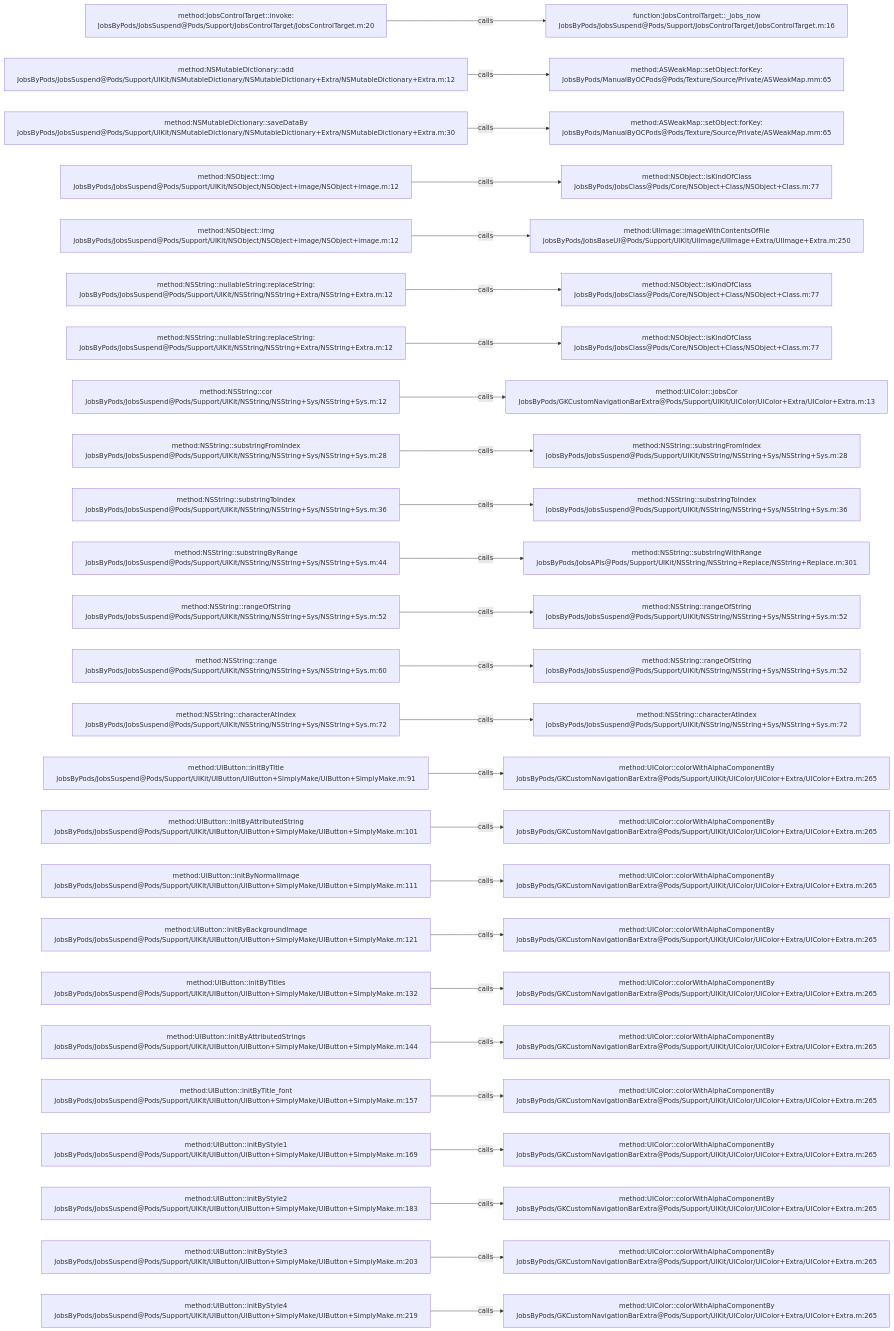
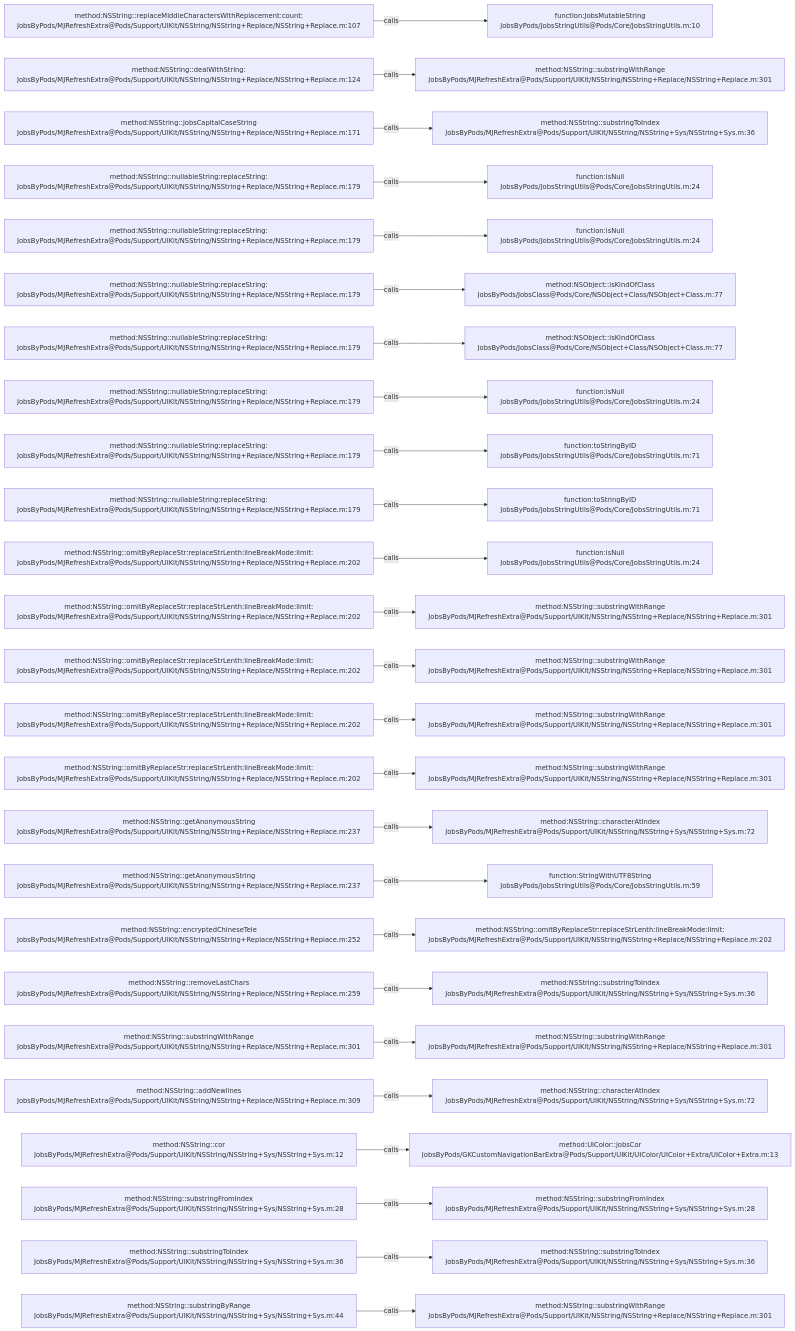
One commit to JobsKits/JobsOCBaseConfigDemo changed the diagram in .codegraph/codegraph.md/graphs/calls-169.md. Above: the diagram before and after it, drawn with Mermaid. The commit also changed 639 other files, not shown here.

````diff
--- a/.codegraph/codegraph.md/graphs/calls-169.md
+++ b/.codegraph/codegraph.md/graphs/calls-169.md
@@ -13,78 +13,78 @@
 ```mermaid
 flowchart LR
-  S1["method:JobsControlTarget::invoke:<br/>JobsByPods/JobsSuspend@Pods/Support/JobsControlTarget/JobsControlTarget.m:20"]
-  T1["function:JobsControlTarget::_jobs_now<br/>JobsByPods/JobsSuspend@Pods/Support/JobsControlTarget/JobsControlTarget.m:16"]
+  S1["method:NSString::replaceMiddleCharactersWithReplacement:count:<br/>JobsByPods/MJRefreshExtra@Pods/Support/UIKit/NSString/NSString+Replace/NSString+Replace.m:107"]
+  T1["function:JobsMutableString<br/>JobsByPods/JobsStringUtils@Pods/Core/JobsStringUtils.m:10"]
   S1 -->|calls| T1
-  S2["method:NSMutableDictionary::add<br/>JobsByPods/JobsSuspend@Pods/Support/UIKit/NSMutableDictionary/NSMutableDictionary+Extra/NSMutableDictionary+Extra.m:12"]
-  T2["method:ASWeakMap::setObject:forKey:<br/>JobsByPods/ManualByOCPods@Pods/Texture/Source/Private/ASWeakMap.mm:65"]
+  S2["method:NSString::dealWithString:<br/>JobsByPods/MJRefreshExtra@Pods/Support/UIKit/NSString/NSString+Replace/NSString+Replace.m:124"]
+  T2["method:NSString::substringWithRange<br/>JobsByPods/MJRefreshExtra@Pods/Support/UIKit/NSString/NSString+Replace/NSString+Replace.m:301"]
   S2 -->|calls| T2
-  S3["method:NSMutableDictionary::saveDataBy<br/>JobsByPods/JobsSuspend@Pods/Support/UIKit/NSMutableDictionary/NSMutableDictionary+Extra/NSMutableDictionary+Extra.m:30"]
-  T3["method:ASWeakMap::setObject:forKey:<br/>JobsByPods/ManualByOCPods@Pods/Texture/Source/Private/ASWeakMap.mm:65"]
+  S3["method:NSString::jobsCapitalCaseString<br/>JobsByPods/MJRefreshExtra@Pods/Support/UIKit/NSString/NSString+Replace/NSString+Replace.m:171"]
+  T3["method:NSString::substringToIndex<br/>JobsByPods/MJRefreshExtra@Pods/Support/UIKit/NSString/NSString+Sys/NSString+Sys.m:36"]
   S3 -->|calls| T3
-  S4["method:NSObject::img<br/>JobsByPods/JobsSuspend@Pods/Support/UIKit/NSObject/NSObject+image/NSObject+image.m:12"]
-  T4["method:NSObject::isKindOfClass<br/>JobsByPods/JobsClass@Pods/Core/NSObject+Class/NSObject+Class.m:77"]
+  S4["method:NSString::nullableString:replaceString:<br/>JobsByPods/MJRefreshExtra@Pods/Support/UIKit/NSString/NSString+Replace/NSString+Replace.m:179"]
+  T4["function:isNull<br/>JobsByPods/JobsStringUtils@Pods/Core/JobsStringUtils.m:24"]
   S4 -->|calls| T4
-  S5["method:NSObject::img<br/>JobsByPods/JobsSuspend@Pods/Support/UIKit/NSObject/NSObject+image/NSObject+image.m:12"]
-  T5["method:UIImage::imageWithContentsOfFile<br/>JobsByPods/JobsBaseUI@Pods/Support/UIKit/UIImage/UIImage+Extra/UIImage+Extra.m:250"]
+  S5["method:NSString::nullableString:replaceString:<br/>JobsByPods/MJRefreshExtra@Pods/Support/UIKit/NSString/NSString+Replace/NSString+Replace.m:179"]
+  T5["function:isNull<br/>JobsByPods/JobsStringUtils@Pods/Core/JobsStringUtils.m:24"]
   S5 -->|calls| T5
-  S6["method:NSString::nullableString:replaceString:<br/>JobsByPods/JobsSuspend@Pods/Support/UIKit/NSString/NSString+Extra/NSString+Extra.m:12"]
+  S6["method:NSString::nullableString:replaceString:<br/>JobsByPods/MJRefreshExtra@Pods/Support/UIKit/NSString/NSString+Replace/NSString+Replace.m:179"]
   T6["method:NSObject::isKindOfClass<br/>JobsByPods/JobsClass@Pods/Core/NSObject+Class/NSObject+Class.m:77"]
   S6 -->|calls| T6
-  S7["method:NSString::nullableString:replaceString:<br/>JobsByPods/JobsSuspend@Pods/Support/UIKit/NSString/NSString+Extra/NSString+Extra.m:12"]
+  S7["method:NSString::nullableString:replaceString:<br/>JobsByPods/MJRefreshExtra@Pods/Support/UIKit/NSString/NSString+Replace/NSString+Replace.m:179"]
   T7["method:NSObject::isKindOfClass<br/>JobsByPods/JobsClass@Pods/Core/NSObject+Class/NSObject+Class.m:77"]
   S7 -->|calls| T7
-  S8["method:NSString::cor<br/>JobsByPods/JobsSuspend@Pods/Support/UIKit/NSString/NSString+Sys/NSString+Sys.m:12"]
-  T8["method:UIColor::jobsCor<br/>JobsByPods/GKCustomNavigationBarExtra@Pods/Support/UIKit/UIColor/UIColor+Extra/UIColor+Extra.m:13"]
+  S8["method:NSString::nullableString:replaceString:<br/>JobsByPods/MJRefreshExtra@Pods/Support/UIKit/NSString/NSString+Replace/NSString+Replace.m:179"]
+  T8["function:isNull<br/>JobsByPods/JobsStringUtils@Pods/Core/JobsStringUtils.m:24"]
   S8 -->|calls| T8
-  S9["method:NSString::substringFromIndex<br/>JobsByPods/JobsSuspend@Pods/Support/UIKit/NSString/NSString+Sys/NSString+Sys.m:28"]
-  T9["method:NSString::substringFromIndex<br/>JobsByPods/JobsSuspend@Pods/Support/UIKit/NSString/NSString+Sys/NSString+Sys.m:28"]
+  S9["method:NSString::nullableString:replaceString:<br/>JobsByPods/MJRefreshExtra@Pods/Support/UIKit/NSString/NSString+Replace/NSString+Replace.m:179"]
+  T9["function:toStringByID<br/>JobsByPods/JobsStringUtils@Pods/Core/JobsStringUtils.m:71"]
   S9 -->|calls| T9
-  S10["method:NSString::substringToIndex<br/>JobsByPods/JobsSuspend@Pods/Support/UIKit/NSString/NSString+Sys/NSString+Sys.m:36"]
-  T10["method:NSString::substringToIndex<br/>JobsByPods/JobsSuspend@Pods/Support/UIKit/NSString/NSString+Sys/NSString+Sys.m:36"]
+  S10["method:NSString::nullableString:replaceString:<br/>JobsByPods/MJRefreshExtra@Pods/Support/UIKit/NSString/NSString+Replace/NSString+Replace.m:179"]
+  T10["function:toStringByID<br/>JobsByPods/JobsStringUtils@Pods/Core/JobsStringUtils.m:71"]
   S10 -->|calls| T10
-  S11["method:NSString::substringByRange<br/>JobsByPods/JobsSuspend@Pods/Support/UIKit/NSString/NSString+Sys/NSString+Sys.m:44"]
-  T11["method:NSString::substringWithRange<br/>JobsByPods/JobsAPIs@Pods/Support/UIKit/NSString/NSString+Replace/NSString+Replace.m:301"]
+  S11["method:NSString::omitByReplaceStr:replaceStrLenth:lineBreakMode:limit:<br/>JobsByPods/MJRefreshExtra@Pods/Support/UIKit/NSString/NSString+Replace/NSString+Replace.m:202"]
+  T11["function:isNull<br/>JobsByPods/JobsStringUtils@Pods/Core/JobsStringUtils.m:24"]
   S11 -->|calls| T11
-  S12["method:NSString::rangeOfString<br/>JobsByPods/JobsSuspend@Pods/Support/UIKit/NSString/NSString+Sys/NSString+Sys.m:52"]
-  T12["method:NSString::rangeOfString<br/>JobsByPods/JobsSuspend@Pods/Support/UIKit/NSString/NSString+Sys/NSString+Sys.m:52"]
+  S12["method:NSString::omitByReplaceStr:replaceStrLenth:lineBreakMode:limit:<br/>JobsByPods/MJRefreshExtra@Pods/Support/UIKit/NSString/NSString+Replace/NSString+Replace.m:202"]
+  T12["method:NSString::substringWithRange<br/>JobsByPods/MJRefreshExtra@Pods/Support/UIKit/NSString/NSString+Replace/NSString+Replace.m:301"]
   S12 -->|calls| T12
-  S13["method:NSString::range<br/>JobsByPods/JobsSuspend@Pods/Support/UIKit/NSString/NSString+Sys/NSString+Sys.m:60"]
-  T13["method:NSString::rangeOfString<br/>JobsByPods/JobsSuspend@Pods/Support/UIKit/NSString/NSString+Sys/NSString+Sys.m:52"]
+  S13["method:NSString::omitByReplaceStr:replaceStrLenth:lineBreakMode:limit:<br/>JobsByPods/MJRefreshExtra@Pods/Support/UIKit/NSString/NSString+Replace/NSString+Replace.m:202"]
+  T13["method:NSString::substringWithRange<br/>JobsByPods/MJRefreshExtra@Pods/Support/UIKit/NSString/NSString+Replace/NSString+Replace.m:301"]
   S13 -->|calls| T13
-  S14["method:NSString::characterAtIndex<br/>JobsByPods/JobsSuspend@Pods/Support/UIKit/NSString/NSString+Sys/NSString+Sys.m:72"]
-  T14["method:NSString::characterAtIndex<br/>JobsByPods/JobsSuspend@Pods/Support/UIKit/NSString/NSString+Sys/NSString+Sys.m:72"]
+  S14["method:NSString::omitByReplaceStr:replaceStrLenth:lineBreakMode:limit:<br/>JobsByPods/MJRefreshExtra@Pods/Support/UIKit/NSString/NSString+Replace/NSString+Replace.m:202"]
+  T14["method:NSString::substringWithRange<br/>JobsByPods/MJRefreshExtra@Pods/Support/UIKit/NSString/NSString+Replace/NSString+Replace.m:301"]
   S14 -->|calls| T14
-  S15["method:UIButton::initByTitle<br/>JobsByPods/JobsSuspend@Pods/Support/UIKit/UIButton/UIButton+SimplyMake/UIButton+SimplyMake.m:91"]
-  T15["method:UIColor::colorWithAlphaComponentBy<br/>JobsByPods/GKCustomNavigationBarExtra@Pods/Support/UIKit/UIColor/UIColor+Extra/UIColor+Extra.m:265"]
+  S15["method:NSString::omitByReplaceStr:replaceStrLenth:lineBreakMode:limit:<br/>JobsByPods/MJRefreshExtra@Pods/Support/UIKit/NSString/NSString+Replace/NSString+Replace.m:202"]
+  T15["method:NSString::substringWithRange<br/>JobsByPods/MJRefreshExtra@Pods/Support/UIKit/NSString/NSString+Replace/NSString+Replace.m:301"]
   S15 -->|calls| T15
-  S16["method:UIButton::initByAttributedString<br/>JobsByPods/JobsSuspend@Pods/Support/UIKit/UIButton/UIButton+SimplyMake/UIButton+SimplyMake.m:101"]
-  T16["method:UIColor::colorWithAlphaComponentBy<br/>JobsByPods/GKCustomNavigationBarExtra@Pods/Support/UIKit/UIColor/UIColor+Extra/UIColor+Extra.m:265"]
+  S16["method:NSString::getAnonymousString<br/>JobsByPods/MJRefreshExtra@Pods/Support/UIKit/NSString/NSString+Replace/NSString+Replace.m:237"]
+  T16["method:NSString::characterAtIndex<br/>JobsByPods/MJRefreshExtra@Pods/Support/UIKit/NSString/NSString+Sys/NSString+Sys.m:72"]
   S16 -->|calls| T16
-  S17["method:UIButton::initByNormalImage<br/>JobsByPods/JobsSuspend@Pods/Support/UIKit/UIButton/UIButton+SimplyMake/UIButton+SimplyMake.m:111"]
-  T17["method:UIColor::colorWithAlphaComponentBy<br/>JobsByPods/GKCustomNavigationBarExtra@Pods/Support/UIKit/UIColor/UIColor+Extra/UIColor+Extra.m:265"]
+  S17["method:NSString::getAnonymousString<br/>JobsByPods/MJRefreshExtra@Pods/Support/UIKit/NSString/NSString+Replace/NSString+Replace.m:237"]
+  T17["function:StringWithUTF8String<br/>JobsByPods/JobsStringUtils@Pods/Core/JobsStringUtils.m:59"]
   S17 -->|calls| T17
-  S18["method:UIButton::initByBackgroundImage<br/>JobsByPods/JobsSuspend@Pods/Support/UIKit/UIButton/UIButton+SimplyMake/UIButton+SimplyMake.m:121"]
-  T18["method:UIColor::colorWithAlphaComponentBy<br/>JobsByPods/GKCustomNavigationBarExtra@Pods/Support/UIKit/UIColor/UIColor+Extra/UIColor+Extra.m:265"]
+  S18["method:NSString::encryptedChineseTele<br/>JobsByPods/MJRefreshExtra@Pods/Support/UIKit/NSString/NSString+Replace/NSString+Replace.m:252"]
+  T18["method:NSString::omitByReplaceStr:replaceStrLenth:lineBreakMode:limit:<br/>JobsByPods/MJRefreshExtra@Pods/Support/UIKit/NSString/NSString+Replace/NSString+Replace.m:202"]
   S18 -->|calls| T18
-  S19["method:UIButton::initByTitles<br/>JobsByPods/JobsSuspend@Pods/Support/UIKit/UIButton/UIButton+SimplyMake/UIButton+SimplyMake.m:132"]
-  T19["method:UIColor::colorWithAlphaComponentBy<br/>JobsByPods/GKCustomNavigationBarExtra@Pods/Support/UIKit/UIColor/UIColor+Extra/UIColor+Extra.m:265"]
+  S19["method:NSString::removeLastChars<br/>JobsByPods/MJRefreshExtra@Pods/Support/UIKit/NSString/NSString+Replace/NSString+Replace.m:259"]
+  T19["method:NSString::substringToIndex<br/>JobsByPods/MJRefreshExtra@Pods/Support/UIKit/NSString/NSString+Sys/NSString+Sys.m:36"]
   S19 -->|calls| T19
-  S20["method:UIButton::initByAttributedStrings<br/>JobsByPods/JobsSuspend@Pods/Support/UIKit/UIButton/UIButton+SimplyMake/UIButton+SimplyMake.m:144"]
-  T20["method:UIColor::colorWithAlphaComponentBy<br/>JobsByPods/GKCustomNavigationBarExtra@Pods/Support/UIKit/UIColor/UIColor+Extra/UIColor+Extra.m:265"]
+  S20["method:NSString::substringWithRange<br/>JobsByPods/MJRefreshExtra@Pods/Support/UIKit/NSString/NSString+Replace/NSString+Replace.m:301"]
+  T20["method:NSString::substringWithRange<br/>JobsByPods/MJRefreshExtra@Pods/Support/UIKit/NSString/NSString+Replace/NSString+Replace.m:301"]
   S20 -->|calls| T20
-  S21["method:UIButton::initByTitle_font<br/>JobsByPods/JobsSuspend@Pods/Support/UIKit/UIButton/UIButton+SimplyMake/UIButton+SimplyMake.m:157"]
-  T21["method:UIColor::colorWithAlphaComponentBy<br/>JobsByPods/GKCustomNavigationBarExtra@Pods/Support/UIKit/UIColor/UIColor+Extra/UIColor+Extra.m:265"]
+  S21["method:NSString::addNewlines<br/>JobsByPods/MJRefreshExtra@Pods/Support/UIKit/NSString/NSString+Replace/NSString+Replace.m:309"]
+  T21["method:NSString::characterAtIndex<br/>JobsByPods/MJRefreshExtra@Pods/Support/UIKit/NSString/NSString+Sys/NSString+Sys.m:72"]
   S21 -->|calls| T21
-  S22["method:UIButton::initByStyle1<br/>JobsByPods/JobsSuspend@Pods/Support/UIKit/UIButton/UIButton+SimplyMake/UIButton+SimplyMake.m:169"]
-  T22["method:UIColor::colorWithAlphaComponentBy<br/>JobsByPods/GKCustomNavigationBarExtra@Pods/Support/UIKit/UIColor/UIColor+Extra/UIColor+Extra.m:265"]
+  S22["method:NSString::cor<br/>JobsByPods/MJRefreshExtra@Pods/Support/UIKit/NSString/NSString+Sys/NSString+Sys.m:12"]
+  T22["method:UIColor::jobsCor<br/>JobsByPods/GKCustomNavigationBarExtra@Pods/Support/UIKit/UIColor/UIColor+Extra/UIColor+Extra.m:13"]
   S22 -->|calls| T22
-  S23["method:UIButton::initByStyle2<br/>JobsByPods/JobsSuspend@Pods/Support/UIKit/UIButton/UIButton+SimplyMake/UIButton+SimplyMake.m:183"]
-  T23["method:UIColor::colorWithAlphaComponentBy<br/>JobsByPods/GKCustomNavigationBarExtra@Pods/Support/UIKit/UIColor/UIColor+Extra/UIColor+Extra.m:265"]
+  S23["method:NSString::substringFromIndex<br/>JobsByPods/MJRefreshExtra@Pods/Support/UIKit/NSString/NSString+Sys/NSString+Sys.m:28"]
+  T23["method:NSString::substringFromIndex<br/>JobsByPods/MJRefreshExtra@Pods/Support/UIKit/NSString/NSString+Sys/NSString+Sys.m:28"]
   S23 -->|calls| T23
-  S24["method:UIButton::initByStyle3<br/>JobsByPods/JobsSuspend@Pods/Support/UIKit/UIButton/UIButton+SimplyMake/UIButton+SimplyMake.m:203"]
-  T24["method:UIColor::colorWithAlphaComponentBy<br/>JobsByPods/GKCustomNavigationBarExtra@Pods/Support/UIKit/UIColor/UIColor+Extra/UIColor+Extra.m:265"]
+  S24["method:NSString::substringToIndex<br/>JobsByPods/MJRefreshExtra@Pods/Support/UIKit/NSString/NSString+Sys/NSString+Sys.m:36"]
+  T24["method:NSString::substringToIndex<br/>JobsByPods/MJRefreshExtra@Pods/Support/UIKit/NSString/NSString+Sys/NSString+Sys.m:36"]
   S24 -->|calls| T24
-  S25["method:UIButton::initByStyle4<br/>JobsByPods/JobsSuspend@Pods/Support/UIKit/UIButton/UIButton+SimplyMake/UIButton+SimplyMake.m:219"]
-  T25["method:UIColor::colorWithAlphaComponentBy<br/>JobsByPods/GKCustomNavigationBarExtra@Pods/Support/UIKit/UIColor/UIColor+Extra/UIColor+Extra.m:265"]
+  S25["method:NSString::substringByRange<br/>JobsByPods/MJRefreshExtra@Pods/Support/UIKit/NSString/NSString+Sys/NSString+Sys.m:44"]
+  T25["method:NSString::substringWithRange<br/>JobsByPods/MJRefreshExtra@Pods/Support/UIKit/NSString/NSString+Replace/NSString+Replace.m:301"]
   S25 -->|calls| T25
 ```
````
